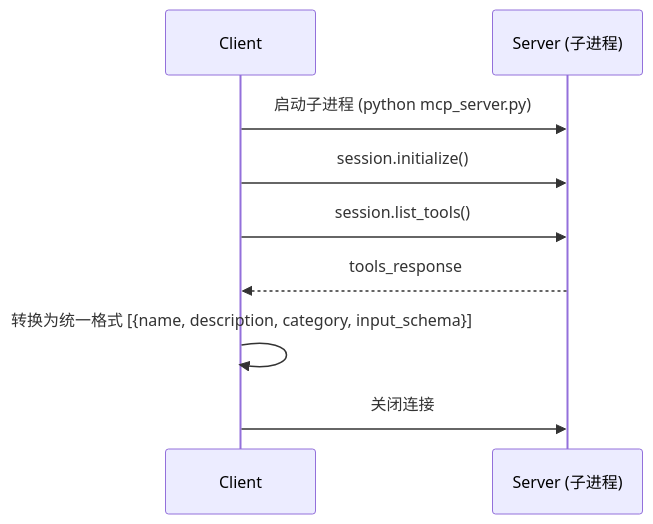
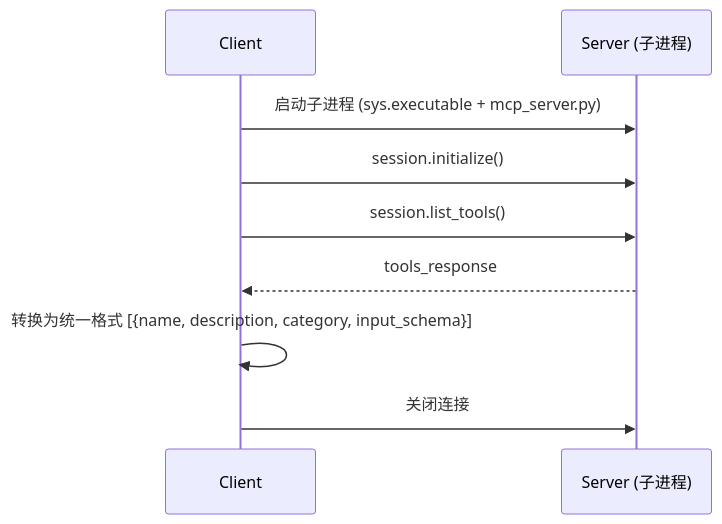
One commit to Hyacehila/AnalysisPosts changed the second of 3 diagrams in doc/mcp/mcp_integration.md. Above: the diagram before and after it, drawn with Mermaid. The commit also changed other lines of this file and 33 other files, not shown here.

````diff
--- a/doc/mcp/mcp_integration.md
+++ b/doc/mcp/mcp_integration.md
@@ -195,11 +206,11 @@
 ```mermaid
 sequenceDiagram
     participant C as Client
     participant S as Server (子进程)
-    C->>S: 启动子进程 (python mcp_server.py)
+    C->>S: 启动子进程 (sys.executable + mcp_server.py)
     C->>S: session.initialize()
     C->>S: session.list_tools()
     S-->>C: tools_response
     C->>C: 转换为统一格式 [{name, description, category, input_schema}]
     C->>S: 关闭连接
 ```
````
